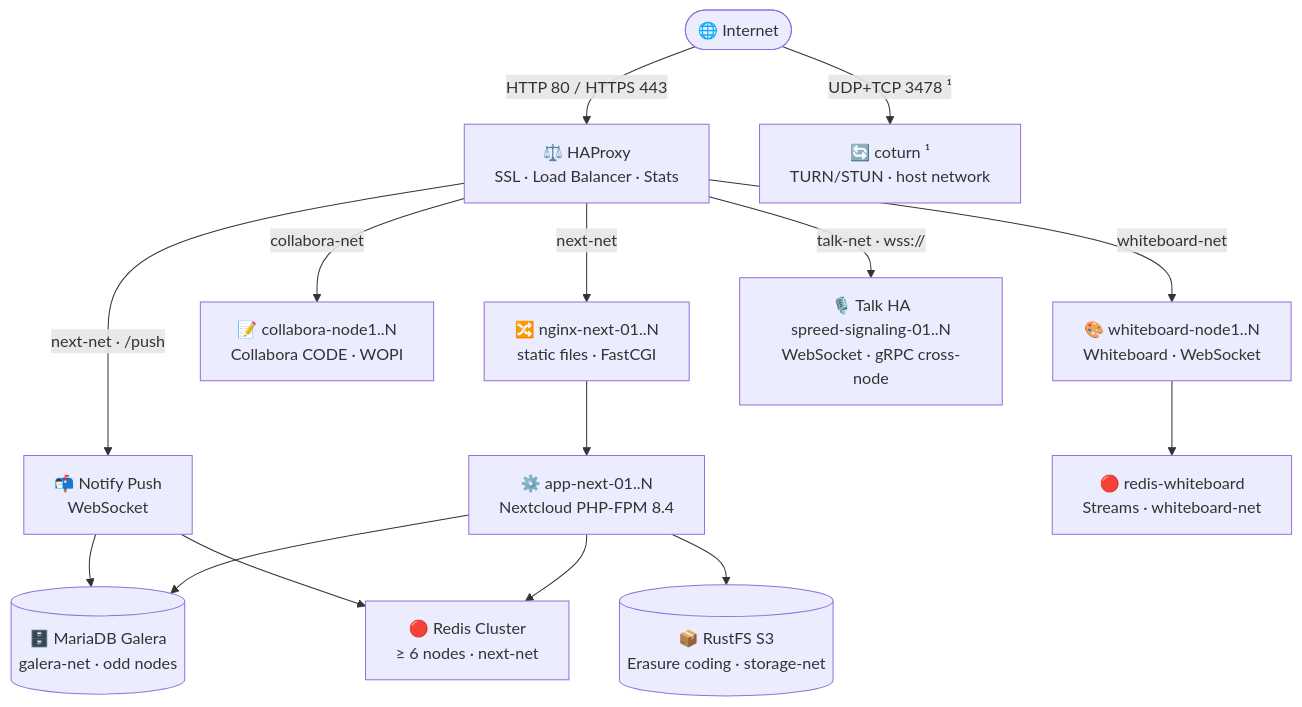
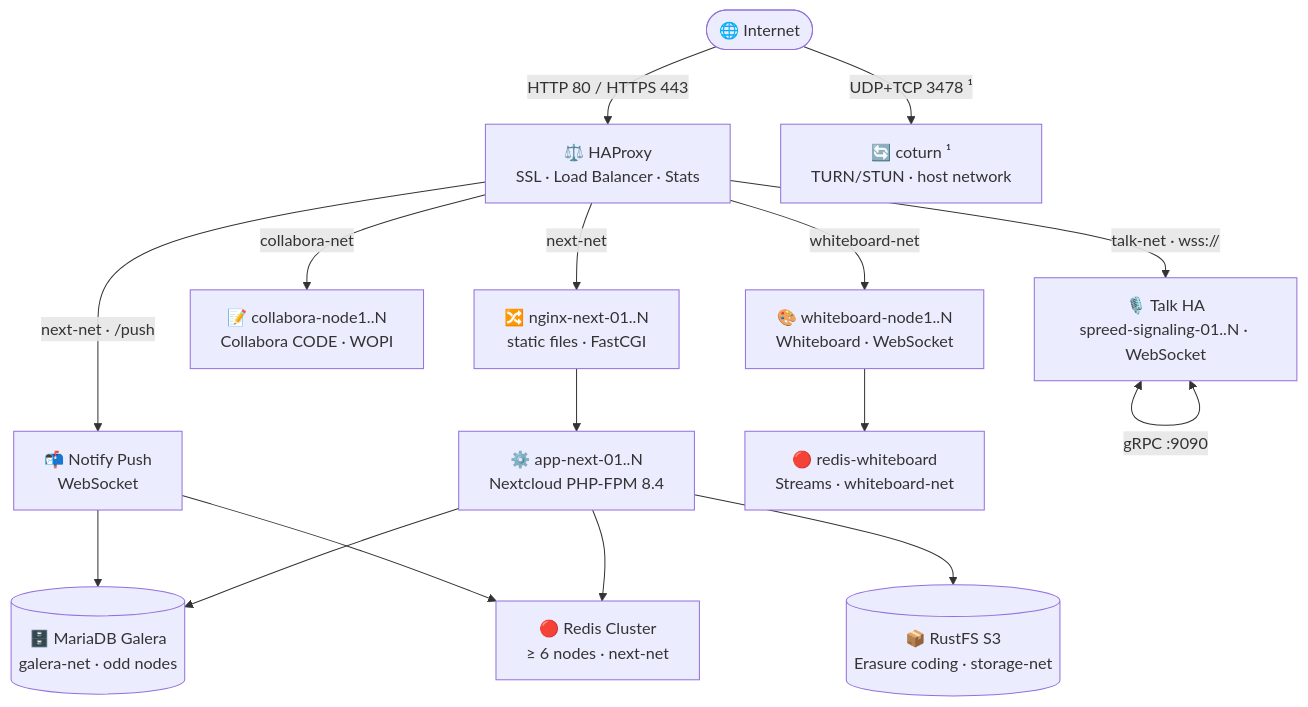
One commit to oboeglen/Azure-NXT-Maxscale changed the diagram in README.md. Above: the diagram before and after it, drawn with Mermaid.

Commit message:
docs(mermaid): restore gRPC self-loop with short label

````diff
--- a/README.md
+++ b/README.md
@@ -141,26 +141,28 @@
 ```mermaid
 flowchart TD
     Internet(["🌐 Internet"]) -->|"HTTP 80 / HTTPS 443"| HAProxy
     Internet -->|"UDP+TCP 3478 ¹"| coturn
 
     HAProxy["⚖️ HAProxy\nSSL · Load Balancer · Stats"]
 
     HAProxy -->|"next-net · /push"| npush["📬 Notify Push\nWebSocket"]
     HAProxy -->|next-net| nginx["🔀 nginx-next-01..N\nstatic files · FastCGI"]
     HAProxy -->|collabora-net| collab["📝 collabora-node1..N\nCollabora CODE · WOPI"]
     HAProxy -->|whiteboard-net| wb["🎨 whiteboard-node1..N\nWhiteboard · WebSocket"]
-    HAProxy -->|"talk-net · wss://"| sig["🎙️ Talk HA\nspreed-signaling-01..N\nWebSocket · gRPC cross-node"]
+    HAProxy -->|"talk-net · wss://"| sig["🎙️ Talk HA\nspreed-signaling-01..N · WebSocket"]
 
     nginx --> fpm["⚙️ app-next-01..N\nNextcloud PHP-FPM 8.4"]
 
     fpm --> galera[("🗄️ MariaDB Galera\ngalera-net · odd nodes")]
     fpm --> redis["🔴 Redis Cluster\n≥ 6 nodes · next-net"]
     fpm --> rustfs[("📦 RustFS S3\nErasure coding · storage-net")]
 
     wb --> redis_wb["🔴 redis-whiteboard\nStreams · whiteboard-net"]
 
+    sig <-->|"gRPC :9090"| sig
+
     npush --> redis
     npush --> galera
 
     coturn["🔄 coturn ¹\nTURN/STUN · host network"]
 ```
````
